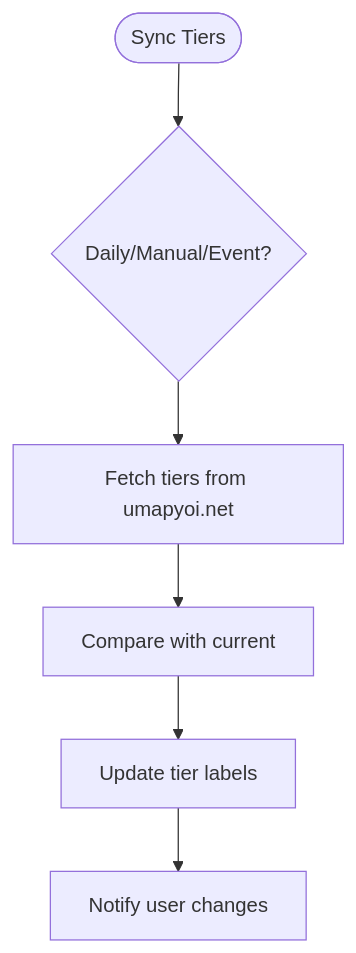
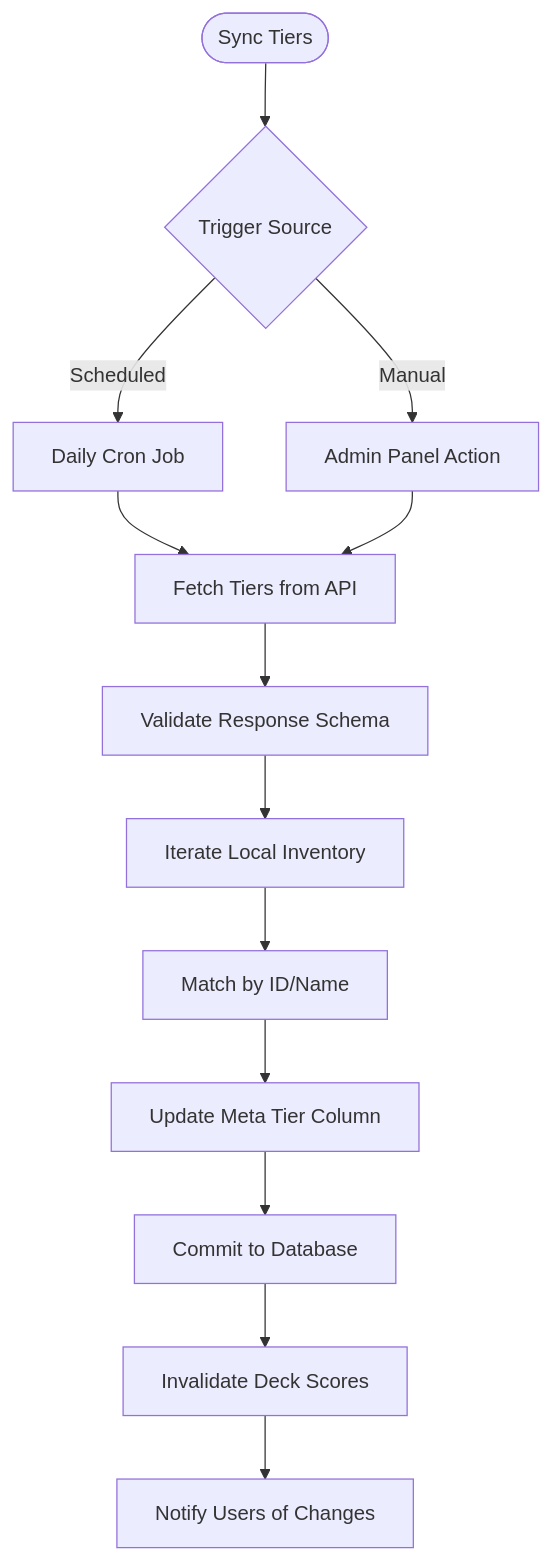
The fourth of 7 diagrams in docs/01-flows/FLOW-005_Support_Card_Management_System.md (exatfrds67/umamusume-career-planner), drawn with Mermaid before and after one commit. The commit also changed other lines of this file and 67 other files, not shown here.

````diff
--- a/docs/01-flows/FLOW-005_Support_Card_Management_System.md
+++ b/docs/01-flows/FLOW-005_Support_Card_Management_System.md
@@ -64,8 +111,22 @@
 ```mermaid
 flowchart TD
-    Start([Sync Tiers]) --> Trigger{Daily/Manual/Event?}
-    Trigger --> FetchMeta[Fetch tiers from umapyoi.net]
-    FetchMeta --> Compare[Compare with current]
-    Compare --> UpdateCards[Update tier labels]
-    UpdateCards --> NotifyChanges[Notify user changes]
+    Start([Sync Tiers]) --> Trigger{Trigger Source}
+    
+    Trigger -->|Scheduled| DailyJob[Daily Cron Job]
+    Trigger -->|Manual| AdminAction[Admin Panel Action]
+    
+    DailyJob --> FetchTiers[Fetch Tiers from API]
+    AdminAction --> FetchTiers
+    
+    FetchTiers --> ValidateData[Validate Response Schema]
+    
+    ValidateData --> IterateCards[Iterate Local Inventory]
+    
+    IterateCards --> MatchCard[Match by ID/Name]
+    MatchCard --> UpdateTier[Update Meta Tier Column]
+    
+    UpdateTier --> SaveChanges[Commit to Database]
+    SaveChanges --> InvalidateCache[Invalidate Deck Scores]
+    
+    InvalidateCache --> Notify[Notify Users of Changes]
 ```
````
